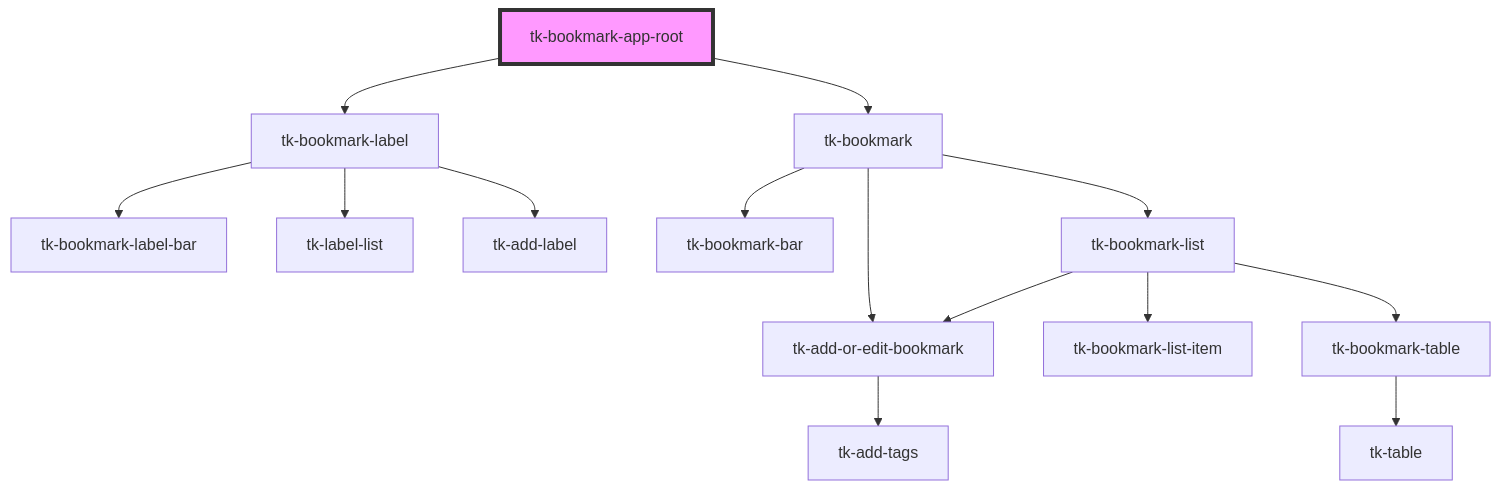
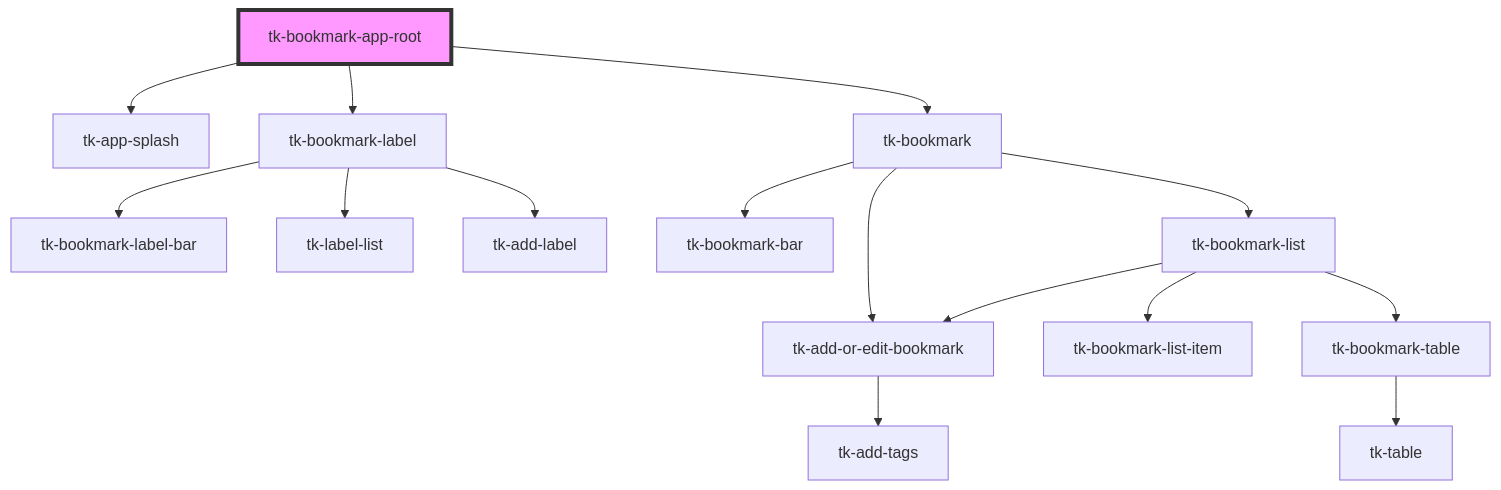
Before and after one commit to tomokat/tk-bookmark-app: the diagram in tk-bookmark/src/components/app/tk-bookmark-app-root/readme.md, drawn with Mermaid. The commit also changed other lines of this file and 28 other files, not shown here.

````diff
--- a/tk-bookmark/src/components/app/tk-bookmark-app-root/readme.md
+++ b/tk-bookmark/src/components/app/tk-bookmark-app-root/readme.md
@@ -16,17 +17,18 @@
 ```mermaid
 graph TD;
+  tk-bookmark-app-root --> tk-app-splash
   tk-bookmark-app-root --> tk-bookmark-label
   tk-bookmark-app-root --> tk-bookmark
   tk-bookmark-label --> tk-bookmark-label-bar
   tk-bookmark-label --> tk-label-list
   tk-bookmark-label --> tk-add-label
   tk-bookmark --> tk-bookmark-bar
   tk-bookmark --> tk-bookmark-list
   tk-bookmark --> tk-add-or-edit-bookmark
   tk-bookmark-list --> tk-add-or-edit-bookmark
   tk-bookmark-list --> tk-bookmark-list-item
   tk-bookmark-list --> tk-bookmark-table
   tk-add-or-edit-bookmark --> tk-add-tags
   tk-bookmark-table --> tk-table
   style tk-bookmark-app-root fill:#f9f,stroke:#333,stroke-width:4px
 ```
````
